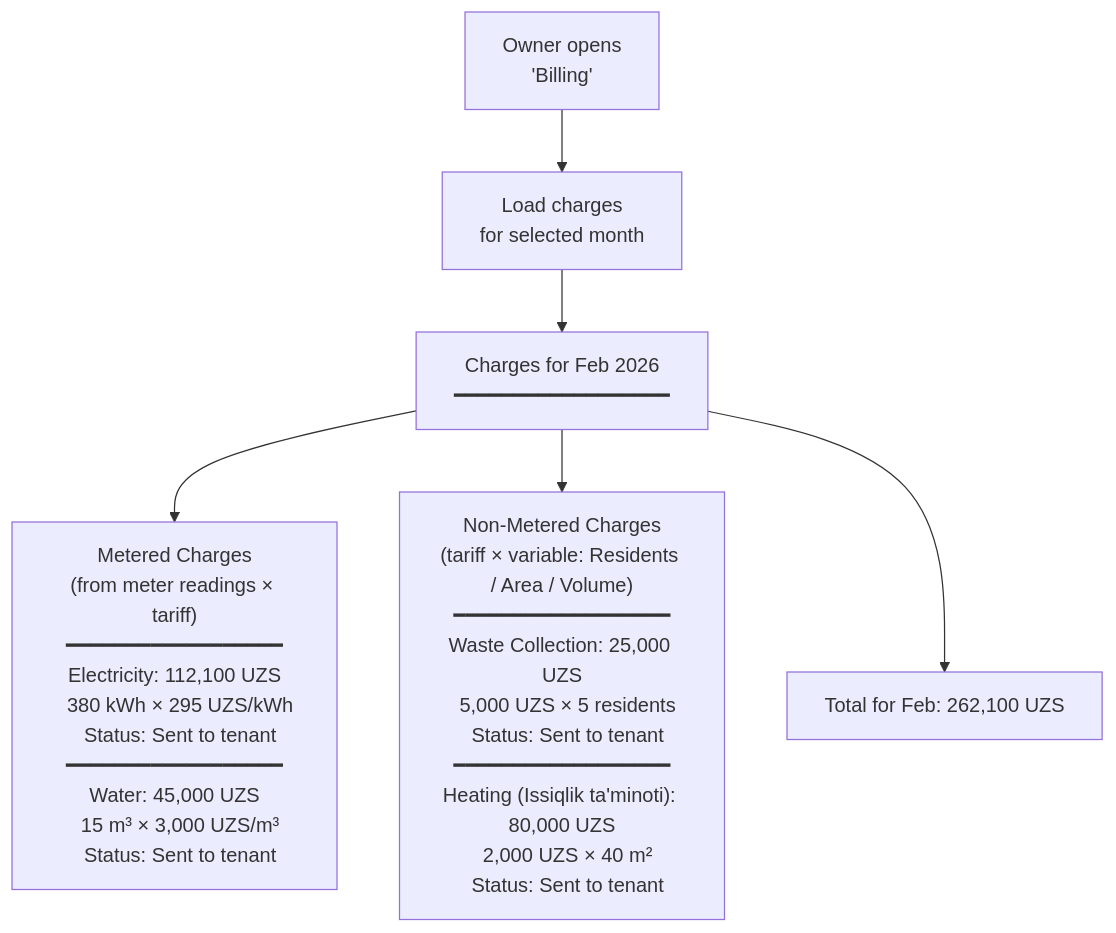
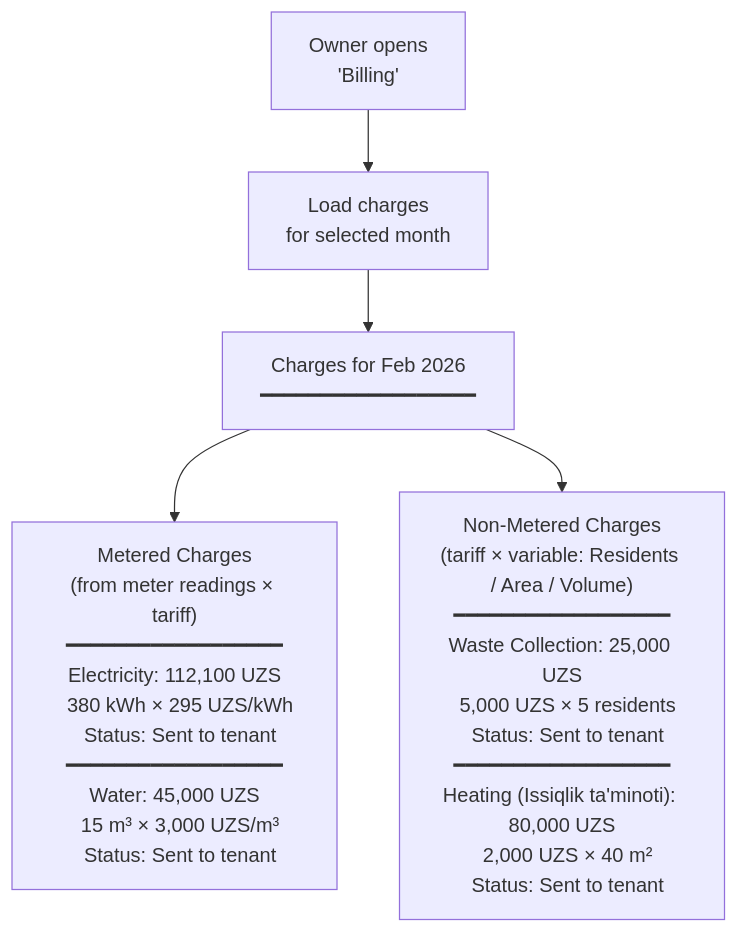
The seventh of 10 diagrams in Utilities - Business Owner.md (saodatm-dev/Utilities---Informational-Architecture), drawn with Mermaid before and after one commit. The commit also changed other lines of this file and 1 other file, not shown here.

Commit message:
feat: Introduce a dedicated owner payable bills section and streamline the business owner utility management flow by integrating payment details and removing a separate payment flow document.

````diff
--- a/Utilities - Business Owner.md
+++ b/Utilities - Business Owner.md
@@ -215,12 +229,11 @@
 ```mermaid
 flowchart TD
     BILLING["Owner opens<br/>'Billing'"] --> LOAD["Load charges<br/>for selected month"]
 
     LOAD --> VIEW["Charges for Feb 2026<br/>━━━━━━━━━━━━━━━━━━"]
 
     VIEW --> METERED["Metered Charges<br/>(from meter readings × tariff)<br/>━━━━━━━━━━━━━━━━━━<br/>Electricity: 112,100 UZS<br/>  380 kWh × 295 UZS/kWh<br/>  Status: Sent to tenant<br/>━━━━━━━━━━━━━━━━━━<br/>Water: 45,000 UZS<br/>  15 m³ × 3,000 UZS/m³<br/>  Status: Sent to tenant"]
 
     VIEW --> NON_METERED["Non-Metered Charges<br/>(tariff × variable: Residents / Area / Volume)<br/>━━━━━━━━━━━━━━━━━━<br/>Waste Collection: 25,000 UZS<br/>  5,000 UZS × 5 residents<br/>  Status: Sent to tenant<br/>━━━━━━━━━━━━━━━━━━<br/>Heating (Issiqlik ta'minoti): 80,000 UZS<br/>  2,000 UZS × 40 m²<br/>  Status: Sent to tenant"]
 
-    VIEW --> TOTAL["Total for Feb: 262,100 UZS"]
 ```
````
